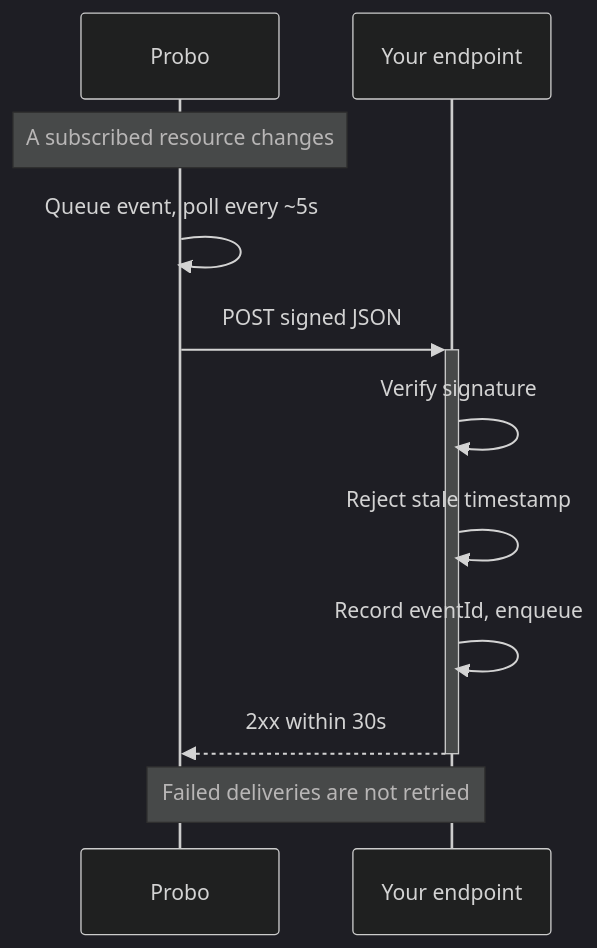
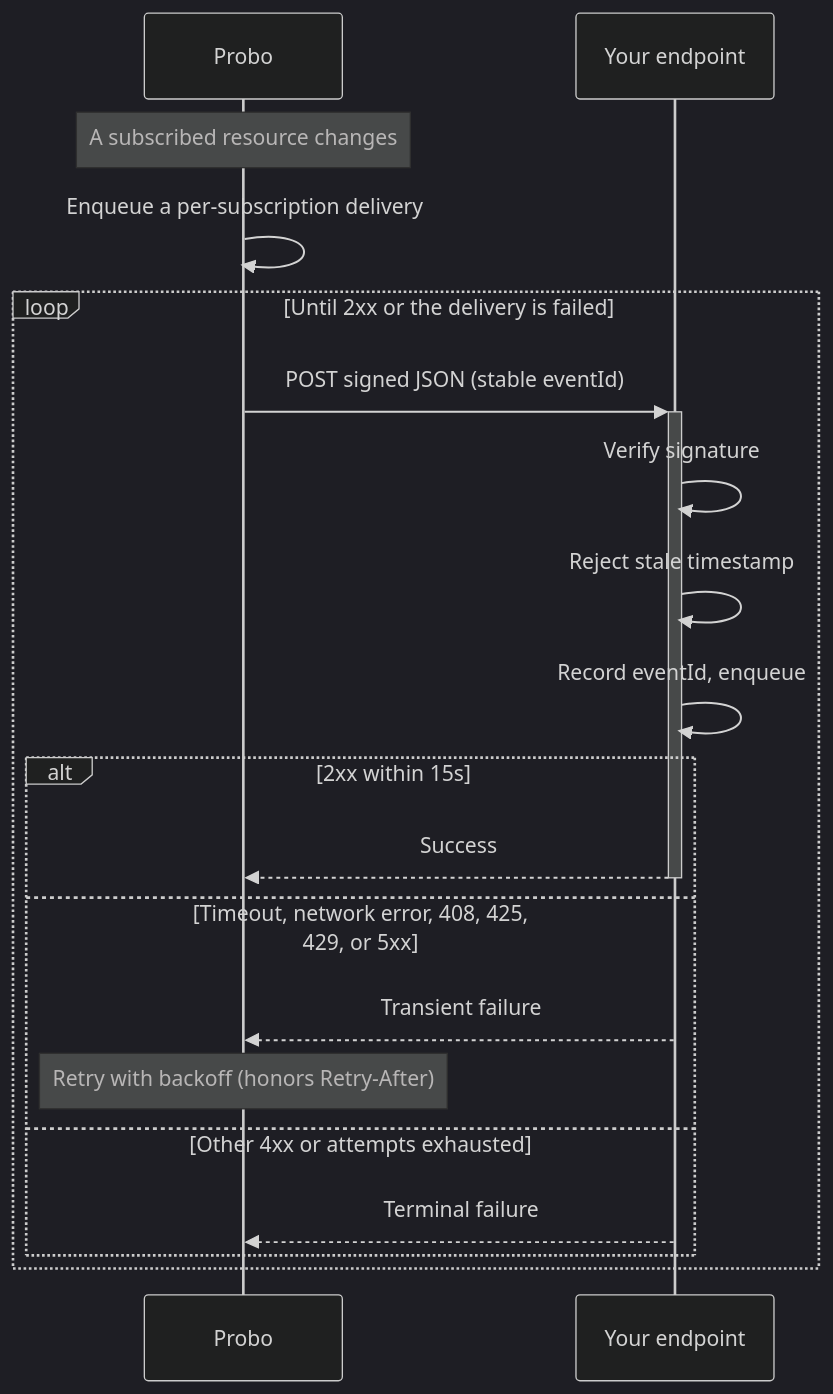
Before and after one commit to getprobo/getprobo.com: the diagram in src/content/docs/docs/developers/api/webhooks/webhook-delivery.mermaid, drawn with Mermaid (dark theme). The commit also changed 7 other files, not shown here.

```diff
--- a/src/content/docs/docs/developers/api/webhooks/webhook-delivery.mermaid
+++ b/src/content/docs/docs/developers/api/webhooks/webhook-delivery.mermaid
@@ -1,12 +1,20 @@
 sequenceDiagram
   participant P as Probo
   participant E as Your endpoint
 
   Note over P: A subscribed resource changes
-  P->>P: Queue event, poll every ~5s
-  P->>+E: POST signed JSON
-  E->>E: Verify signature
-  E->>E: Reject stale timestamp
-  E->>E: Record eventId, enqueue
-  E-->>-P: 2xx within 30s
-  Note over P,E: Failed deliveries are not retried
+  P->>P: Enqueue a per-subscription delivery
+  loop Until 2xx or the delivery is failed
+    P->>+E: POST signed JSON (stable eventId)
+    E->>E: Verify signature
+    E->>E: Reject stale timestamp
+    E->>E: Record eventId, enqueue
+    alt 2xx within 15s
+      E-->>-P: Success
+    else Timeout, network error, 408, 425, 429, or 5xx
+      E-->>P: Transient failure
+      Note over P: Retry with backoff (honors Retry-After)
+    else Other 4xx or attempts exhausted
+      E-->>P: Terminal failure
+    end
+  end
```
